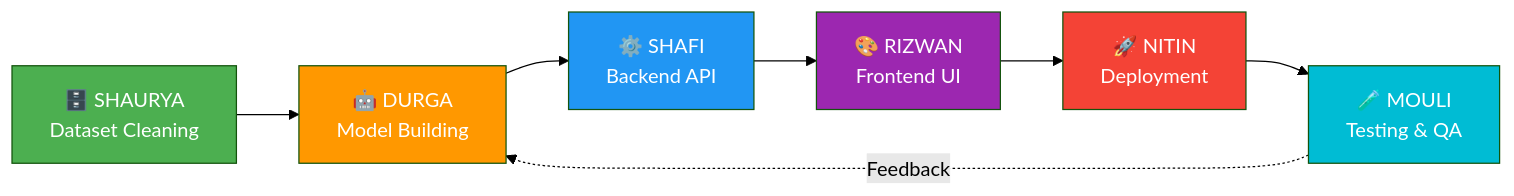
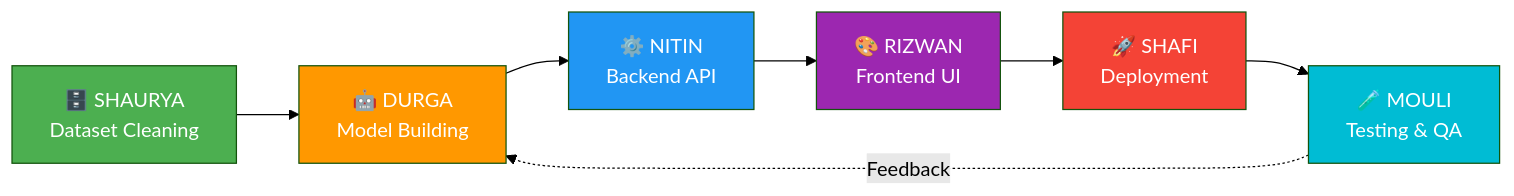
Before and after one commit to mdshafi-786/Credit-Card: the first of 2 diagrams in README.md, drawn with Mermaid (forest theme). The commit also changed other lines of this file, not shown here.

Commit message:
Fix team roles: NITIN is Team Leader + Backend, SHAFI does Model Deployment

````diff
--- a/README.md
+++ b/README.md
@@ -57,16 +57,16 @@
 ```mermaid
 flowchart LR
     A["🗄️ SHAURYA\nDataset Cleaning"] --> B["🤖 DURGA\nModel Building"]
-    B --> C["⚙️ SHAFI\nBackend API"]
+    B --> C["⚙️ NITIN\nBackend API"]
     C --> D["🎨 RIZWAN\nFrontend UI"]
-    D --> E["🚀 NITIN\nDeployment"]
+    D --> E["🚀 SHAFI\nDeployment"]
     E --> F["🧪 MOULI\nTesting & QA"]
     F -.->|"Feedback"| B
 
     style A fill:#4CAF50,color:#fff
     style B fill:#FF9800,color:#fff
     style C fill:#2196F3,color:#fff
     style D fill:#9C27B0,color:#fff
     style E fill:#F44336,color:#fff
     style F fill:#00BCD4,color:#fff
 ```
````
